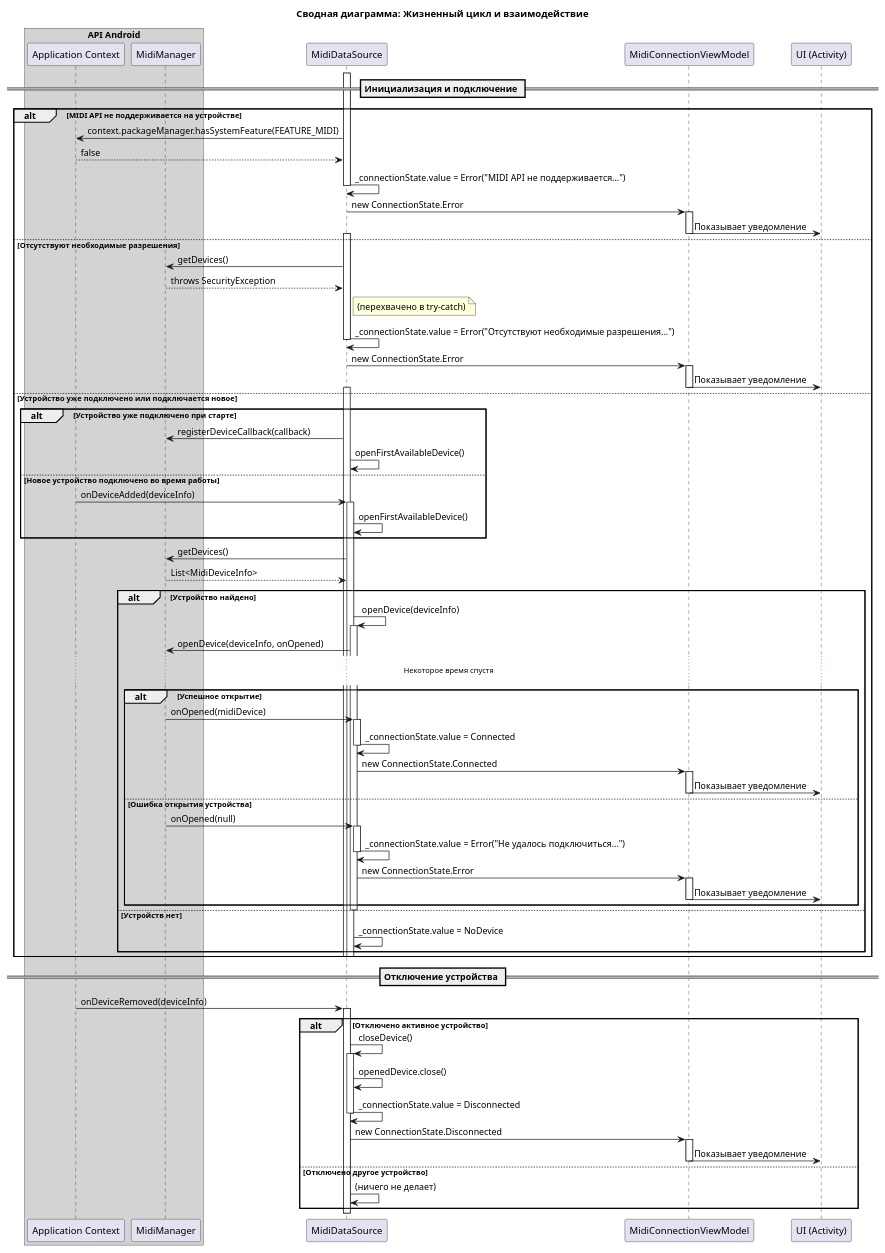
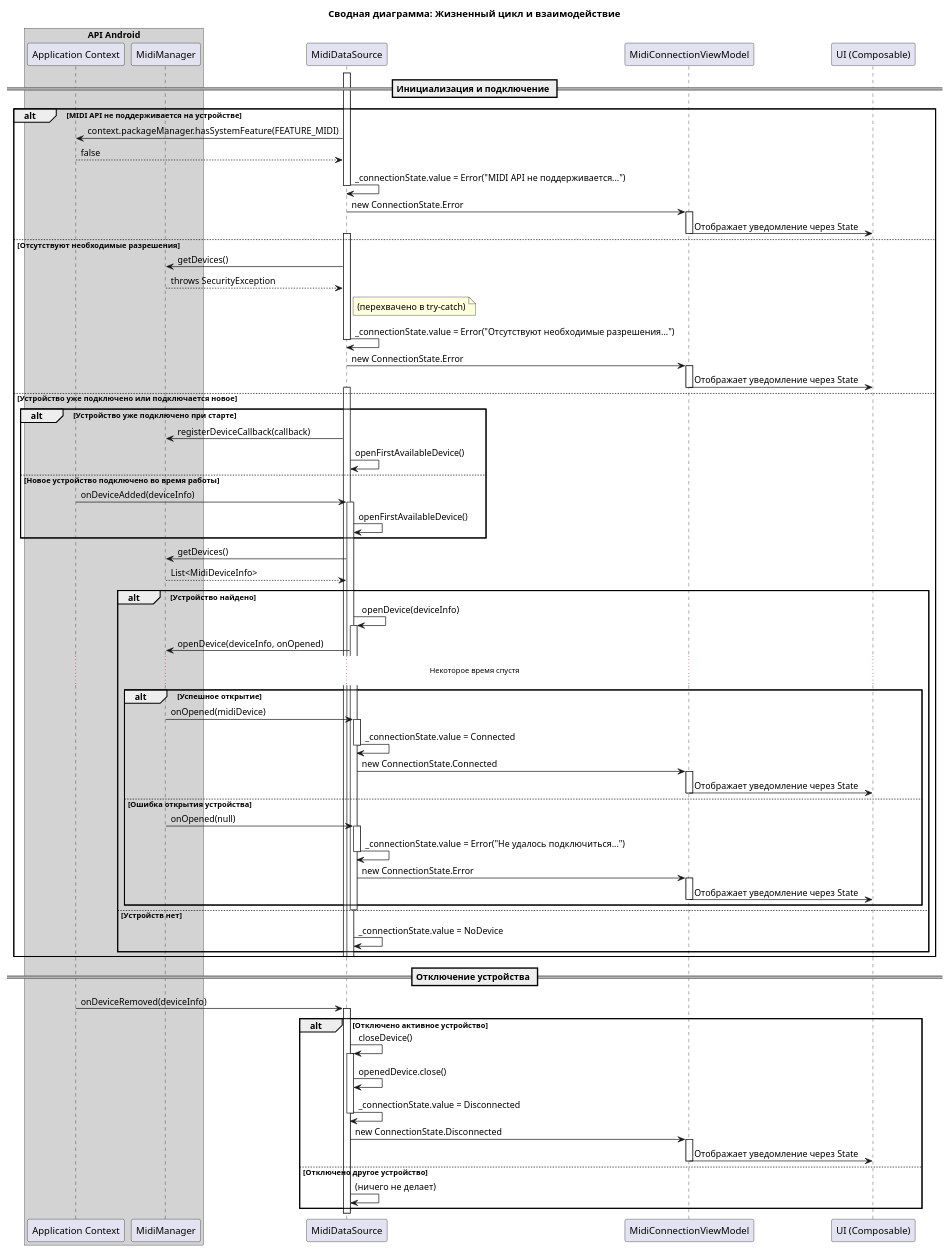
One commit to astrizhachuk/PianoFlow changed the third of 3 diagrams in docs/ts/MIDI_CONNECTION.md. Above: the diagram before and after it, drawn with PlantUML. The commit also changed other lines of this file and 2 other files, not shown here.

```diff
--- a/docs/ts/MIDI_CONNECTION.md
+++ b/docs/ts/MIDI_CONNECTION.md
@@ -216,7 +217,7 @@
 
 participant "MidiDataSource" as DS
 participant "MidiConnectionViewModel" as VM
-participant "UI (Activity)" as UI
+participant "UI (Composable)" as UI
 
 == Инициализация и подключение ==
 
@@ -229,7 +230,7 @@
     
     DS -> VM : new ConnectionState.Error
     activate VM
-    VM -> UI : Показывает уведомление
+    VM -> UI : Отображает уведомление через State
     deactivate VM
 
 else Отсутствуют необходимые разрешения
@@ -242,7 +243,7 @@
 
     DS -> VM : new ConnectionState.Error
     activate VM
-    VM -> UI : Показывает уведомление
+    VM -> UI : Отображает уведомление через State
     deactivate VM
 
 else Устройство уже подключено или подключается новое
@@ -275,7 +276,7 @@
             
             DS -> VM : new ConnectionState.Connected
             activate VM
-            VM -> UI : Показывает уведомление
+            VM -> UI : Отображает уведомление через State
             deactivate VM
             
         else Ошибка открытия устройства
@@ -286,7 +287,7 @@
             
             DS -> VM : new ConnectionState.Error
             activate VM
-            VM -> UI : Показывает уведомление
+            VM -> UI : Отображает уведомление через State
             deactivate VM
         end
         deactivate DS
@@ -312,7 +313,7 @@
 
     DS -> VM : new ConnectionState.Disconnected
     activate VM
-    VM -> UI : Показывает уведомление
+    VM -> UI : Отображает уведомление через State
     deactivate VM
 else Отключено другое устройство
     DS -> DS : (ничего не делает)
```
